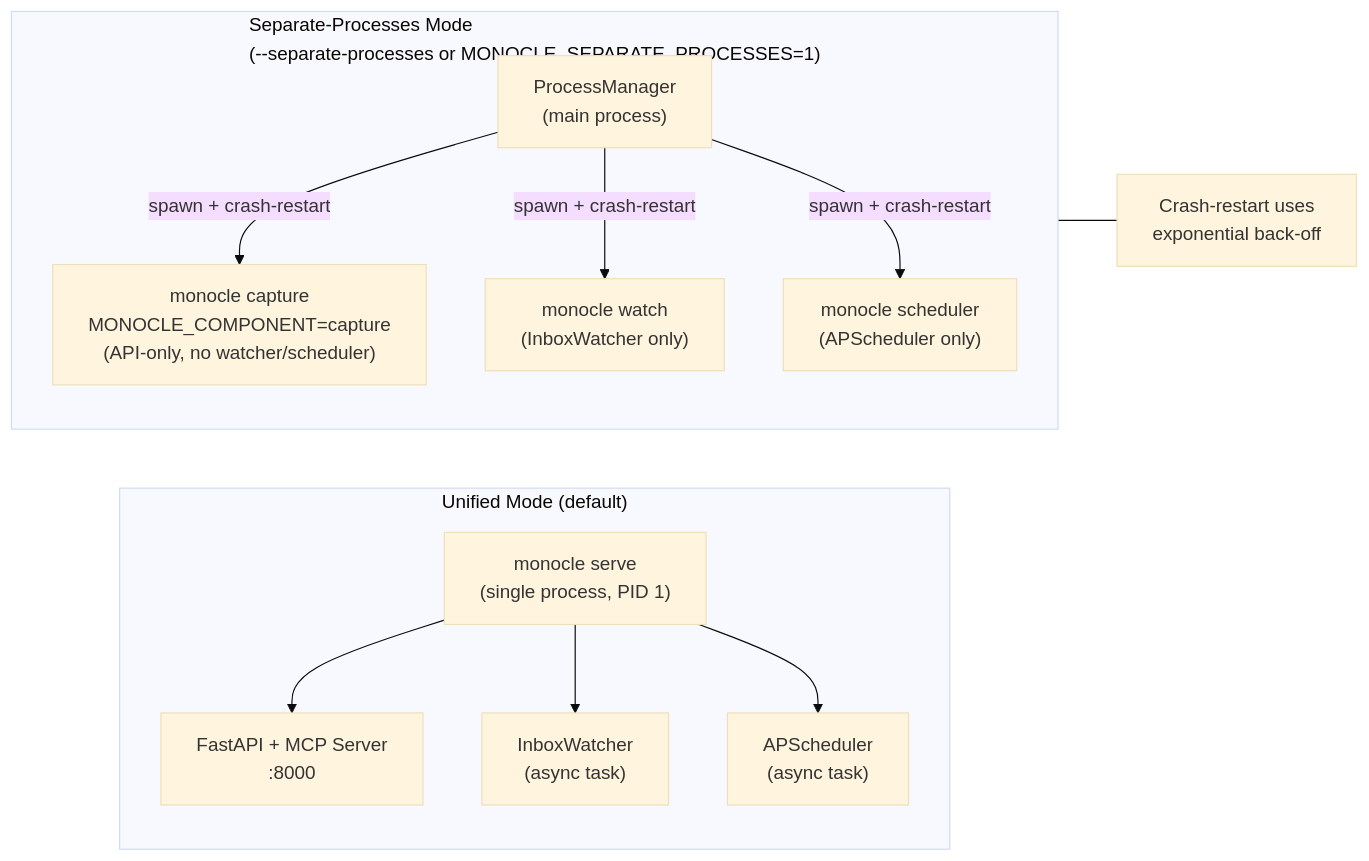
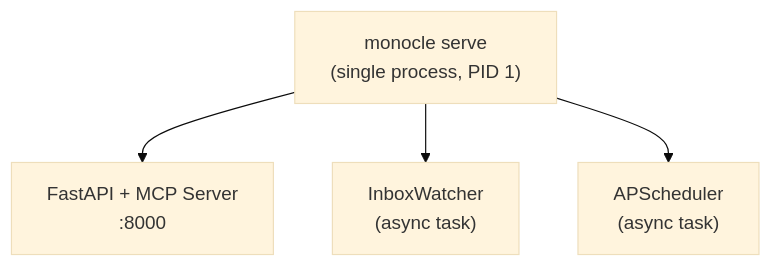
One commit to epopisces/monocle changed the eighth of 12 diagrams in docs/architecture.md. Above: the diagram before and after it, drawn with Mermaid (base theme). The commit also changed other lines of this file and 49 other files, not shown here.

````diff
--- a/docs/architecture.md
+++ b/docs/architecture.md
@@ -470,27 +468,11 @@
 ```mermaid
-graph LR
-    subgraph UNIFIED["Unified Mode (default)"]
-        direction TB
-        UP["monocle serve<br/>(single process, PID 1)"]
-        UP_API["FastAPI + MCP Server<br/>:8000"]
-        UP_WATCH["InboxWatcher<br/>(async task)"]
-        UP_SCHED["APScheduler<br/>(async task)"]
-        UP --> UP_API
-        UP --> UP_WATCH
-        UP --> UP_SCHED
-    end
+graph TB
+    UP["monocle serve<br/>(single process, PID 1)"]
+    UP_API["FastAPI + MCP Server<br/>:8000"]
+    UP_WATCH["InboxWatcher<br/>(async task)"]
+    UP_SCHED["APScheduler<br/>(async task)"]
 
-    subgraph SEPARATE["Separate-Processes Mode<br/>(--separate-processes or MONOCLE_SEPARATE_PROCESSES=1)"]
-        direction TB
-        PM["ProcessManager<br/>(main process)"]
-        CAPTURE_P["monocle capture<br/>MONOCLE_COMPONENT=capture<br/>(API-only, no watcher/scheduler)"]
-        WATCH_P["monocle watch<br/>(InboxWatcher only)"]
-        SCHED_P["monocle scheduler<br/>(APScheduler only)"]
-        PM -->|"spawn + crash-restart"| CAPTURE_P
-        PM -->|"spawn + crash-restart"| WATCH_P
-        PM -->|"spawn + crash-restart"| SCHED_P
-    end
-
-    note1["Crash-restart uses<br/>exponential back-off"]
-    SEPARATE --- note1
+    UP --> UP_API
+    UP --> UP_WATCH
+    UP --> UP_SCHED
 ```
````
